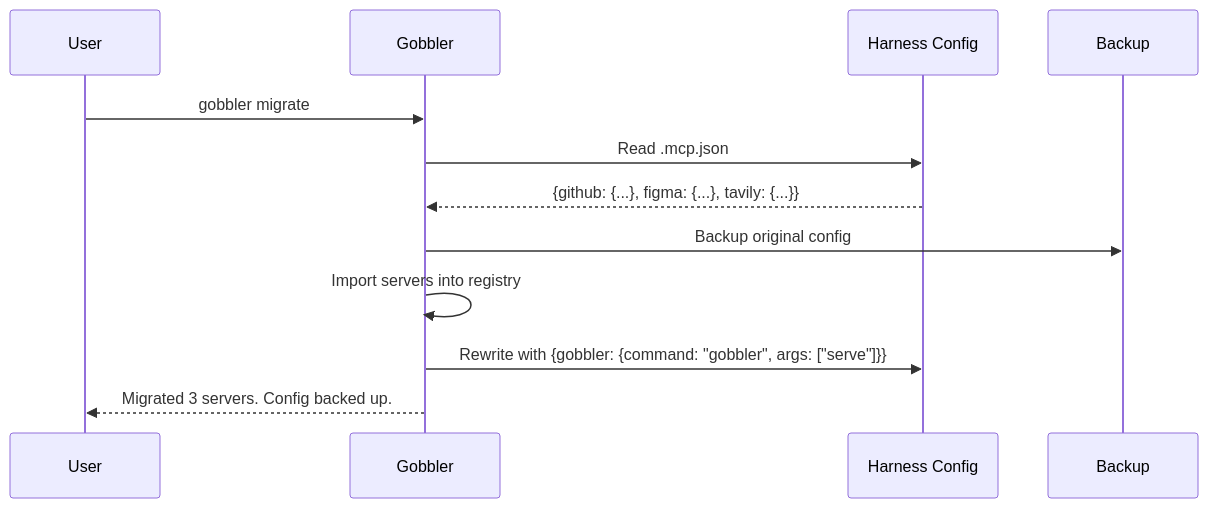
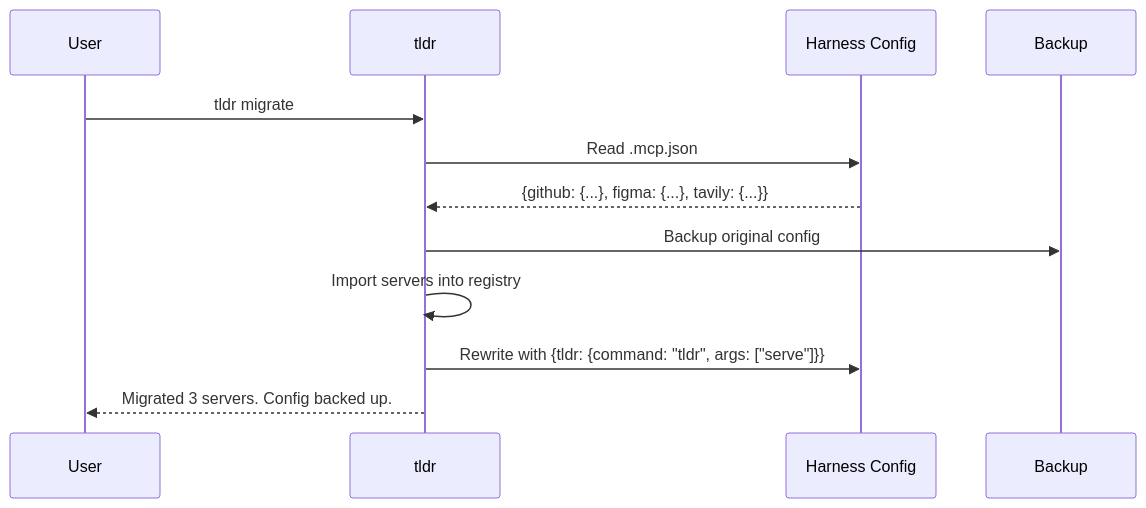
The fifth of 6 diagrams in README.md (robinojw/tldr), drawn with Mermaid before and after one commit. The commit also changed other lines of this file and 29 other files, not shown here.

First line of the commit message:
Rename project from gobbler to tldr

````diff
--- a/README.md
+++ b/README.md
@@ -128,15 +128,15 @@
 ```mermaid
 sequenceDiagram
     participant User
-    participant Gobbler
+    participant tldr
     participant Harness Config
     participant Backup
 
-    User->>Gobbler: gobbler migrate
-    Gobbler->>Harness Config: Read .mcp.json
-    Harness Config-->>Gobbler: {github: {...}, figma: {...}, tavily: {...}}
-    Gobbler->>Backup: Backup original config
-    Gobbler->>Gobbler: Import servers into registry
-    Gobbler->>Harness Config: Rewrite with {gobbler: {command: "gobbler", args: ["serve"]}}
-    Gobbler-->>User: Migrated 3 servers. Config backed up.
+    User->>tldr: tldr migrate
+    tldr->>Harness Config: Read .mcp.json
+    Harness Config-->>tldr: {github: {...}, figma: {...}, tavily: {...}}
+    tldr->>Backup: Backup original config
+    tldr->>tldr: Import servers into registry
+    tldr->>Harness Config: Rewrite with {tldr: {command: "tldr", args: ["serve"]}}
+    tldr-->>User: Migrated 3 servers. Config backed up.
 ```
````
